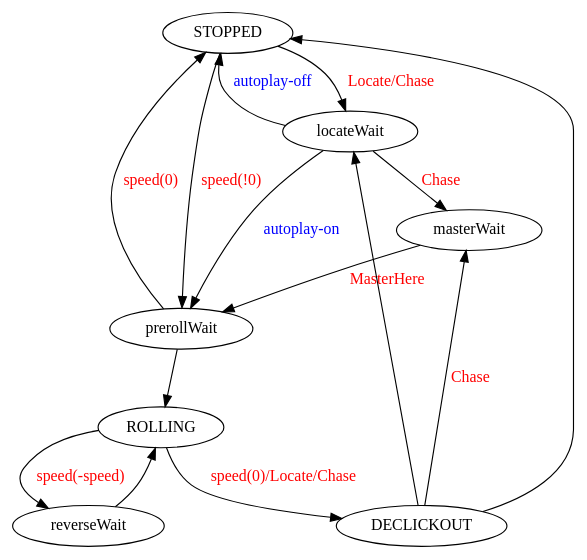
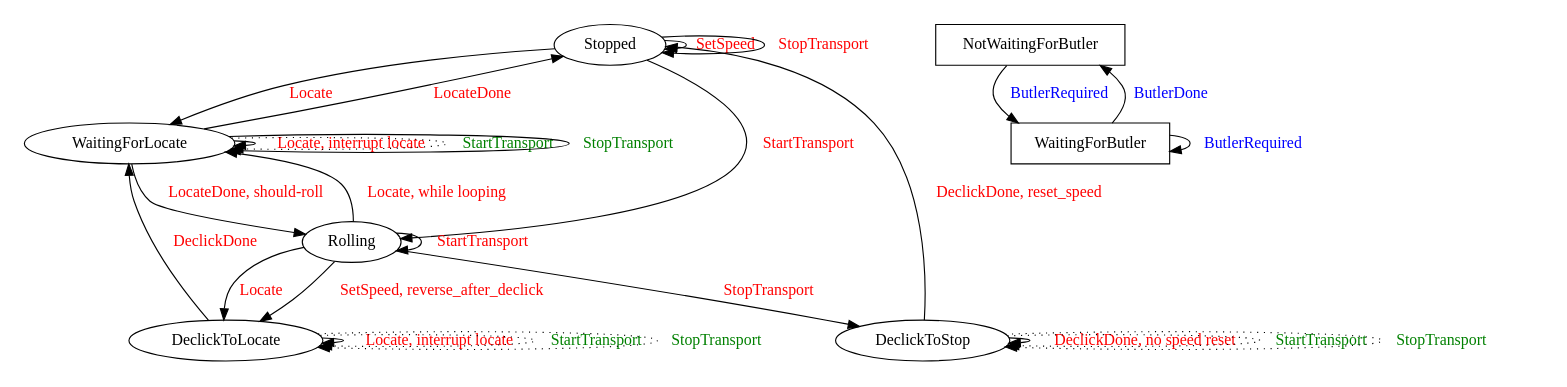
Before and after one commit to Ardour/ardour: the diagram in doc/transport-state.gv, drawn with Graphviz.

Commit message:
Update Transport FSM documentation

```diff
--- a/doc/transport-state.gv
+++ b/doc/transport-state.gv
@@ -1,26 +1,70 @@
+// libs/ardour/ardour/transport_fsm.h
+// EVENTS:
+// - ButlerDone
+// - ButlerRequired
+// - DeclickDone
+// - StartTransport
+// - StopTransport
+// - Locate
+// - LocateDone
+// - SetSpeed
+//
+// STATES (motion)
+// * Stopped
+// * Rolling
+// * DeclickToStop
+// * DeclickToLocate
+// * WaitingForLocate
+//
+// STATES (butler)
+// * NotWaitingForButler
+// * WaitingForButle
+//
+// STATES (direction) -- NOT INCLUDED HERE
+// * Forwards
+// * Backwards
+// * Reversing
+
+
 digraph finite_state_machine {
 	rankdir=TB;
-	start="STOPPED";
+	pad=0.2;
+	start="Stopped";
 
 	node [shape = ellipse];
-	STOPPED     -> locateWait [ label = "Locate/Chase", fontcolor=red ];
-	STOPPED     -> prerollWait [ label = "speed(!0)",fontcolor=red];
 
-	masterWait  -> prerollWait [ label = "MasterHere", fontcolor=red ];
+	// Motion
+	Stopped          -> Stopped           [ label = "SetSpeed", fontcolor=red ]
+	Stopped          -> Stopped           [ label = "StopTransport", fontcolor=red ]
+	DeclickToStop    -> Stopped           [ label = "DeclickDone, reset_speed", fontcolor=red ]
+	WaitingForLocate -> Stopped           [ label = "LocateDone", fontcolor=red ]
 
-	prerollWait -> ROLLING;
-	prerollWait -> STOPPED [ label = "speed(0)", fontcolor=red ];
-	ROLLING     -> DECLICKOUT  [ label = "speed(0)/Locate/Chase",fontcolor=red ]
-	ROLLING     -> reverseWait [ label = "speed(-speed)",fontcolor=red ];
+	Stopped          -> Rolling           [ label = "StartTransport", fontcolor=red ]
+	Rolling          -> Rolling           [ label = "StartTransport", fontcolor=red ]
+	WaitingForLocate -> Rolling           [ label = "LocateDone, should-roll",  fontcolor=red ]
 
-	reverseWait -> ROLLING;
+	Rolling          -> DeclickToLocate   [ label = "SetSpeed, reverse_after_declick", fontcolor=red ]
+	Rolling          -> DeclickToLocate   [ label = "Locate", fontcolor=red ]
+	DeclickToLocate  -> DeclickToLocate   [ label = "Locate, interrupt locate", fontcolor=red ]
+	DeclickToLocate  -> DeclickToLocate   [ label = "StartTransport", fontcolor=green, style=dotted ] // defer WaitingForLocate [DeclickDone] -> Rolling
+	DeclickToLocate  -> DeclickToLocate   [ label = "StopTransport", fontcolor=green, style=dotted ]  // defer WaitingForLocate [DeclickDone] -> Stopped
 
-	DECLICKOUT  -> STOPPED;
-	DECLICKOUT  -> locateWait;
-	DECLICKOUT  -> masterWait [ label = "Chase",fontcolor=red ];
+	Rolling          -> DeclickToStop     [ label = "StopTransport", fontcolor=red ]
+	DeclickToStop    -> DeclickToStop     [ label = "DeclickDone, no speed reset",  fontcolor=red ]
+	DeclickToStop    -> DeclickToStop     [ label = "StartTransport", fontcolor=green, style=dotted ] // defer
+	DeclickToStop    -> DeclickToStop     [ label = "StopTransport", fontcolor=green, style=dotted ]  // defer
 
-	locateWait  -> masterWait  [ label = "Chase",fontcolor=red ];
-	locateWait  -> STOPPED     [ label = "autoplay-off",fontcolor=blue ];
-	locateWait  -> prerollWait [ label = "autoplay-on",fontcolor=blue ];
+	Stopped          -> WaitingForLocate  [ label = "Locate", fontcolor=red ]
+	Rolling          -> WaitingForLocate  [ label = "Locate, while looping", fontcolor=red ]
+	WaitingForLocate -> WaitingForLocate  [ label = "Locate, interrupt locate", fontcolor=red ]
+	DeclickToLocate  -> WaitingForLocate  [ label = "DeclickDone", fontcolor=red ]
+	WaitingForLocate -> WaitingForLocate  [ label = "StartTransport", fontcolor=green, style=dotted ] // defer
+	WaitingForLocate -> WaitingForLocate  [ label = "StopTransport", fontcolor=green ] // defer
 
+
+	// Butler
+	node [shape = box];
+	NotWaitingForButler -> WaitingForButler    [ label = "ButlerRequired", fontcolor=blue ]
+	WaitingForButler    -> WaitingForButler    [ label = "ButlerRequired", fontcolor=blue ]
+	WaitingForButler    -> NotWaitingForButler [ label = "ButlerDone", fontcolor=blue ]
 }
```
